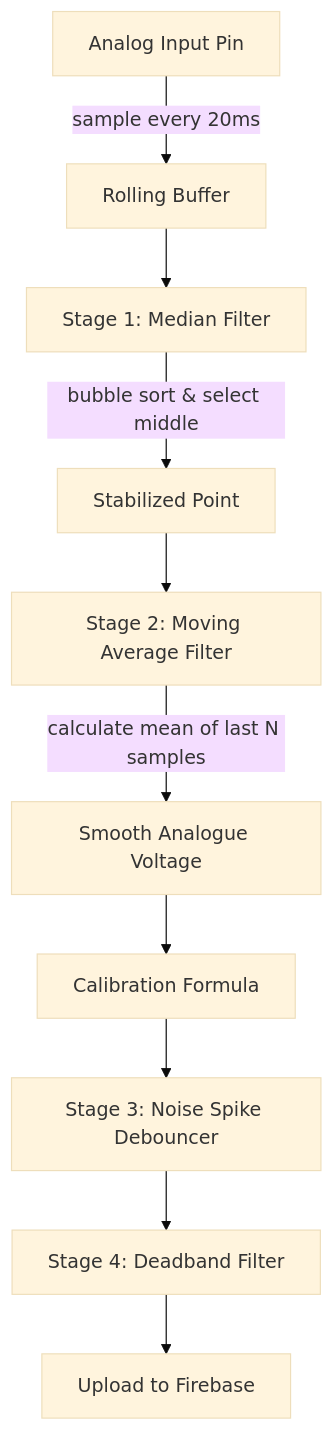
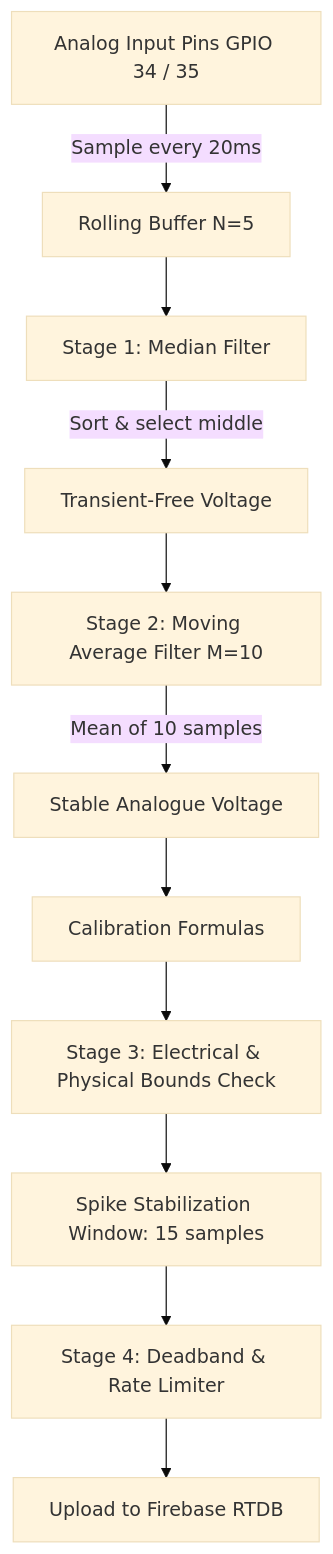
Before and after one commit to zai-241/MSU-WATER-MONITORING-SYSTEM-CAPSTONE: the second of 2 diagrams in docs/Methodology.md, drawn with Mermaid (base theme). The commit also changed other lines of this file and 3 other files, not shown here.

Commit message:
docs: harmonize all system specifications, thresholds, and architecture with codebase

````diff
--- a/docs/Methodology.md
+++ b/docs/Methodology.md
@@ -31,12 +34,13 @@
 ```mermaid
 graph TD
-    Analog[Analog Input Pin] -->|sample every 20ms| RawArray[Rolling Buffer]
+    Analog[Analog Input Pins GPIO 34 / 35] -->|Sample every 20ms| RawArray[Rolling Buffer N=5]
     RawArray --> MedianFilter[Stage 1: Median Filter]
-    MedianFilter -->|bubble sort & select middle| MidVal[Stabilized Point]
-    MidVal --> AvgFilter[Stage 2: Moving Average Filter]
-    AvgFilter -->|calculate mean of last N samples| SmoothVoltage[Smooth Analogue Voltage]
-    SmoothVoltage --> CalibrationMath[Calibration Formula]
-    CalibrationMath --> SpikeDebouncer[Stage 3: Noise Spike Debouncer]
-    SpikeDebouncer --> DeadbandFilter[Stage 4: Deadband Filter]
-    DeadbandFilter --> DatabaseUpload[Upload to Firebase]
+    MedianFilter -->|Sort & select middle| MidVal[Transient-Free Voltage]
+    MidVal --> AvgFilter[Stage 2: Moving Average Filter M=10]
+    AvgFilter -->|Mean of 10 samples| SmoothVoltage[Stable Analogue Voltage]
+    SmoothVoltage --> CalibrationMath[Calibration Formulas]
+    CalibrationMath --> BoundsCheck[Stage 3: Electrical & Physical Bounds Check]
+    BoundsCheck --> SpikeDebouncer[Spike Stabilization Window: 15 samples]
+    SpikeDebouncer --> DeadbandFilter[Stage 4: Deadband & Rate Limiter]
+    DeadbandFilter --> DatabaseUpload[Upload to Firebase RTDB]
 ```
````
